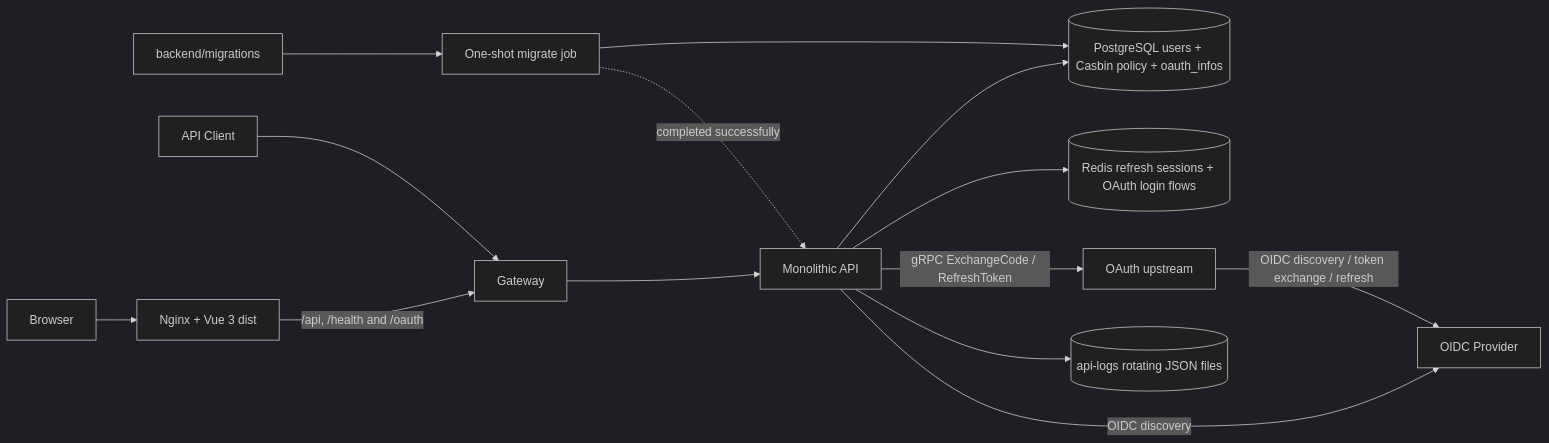
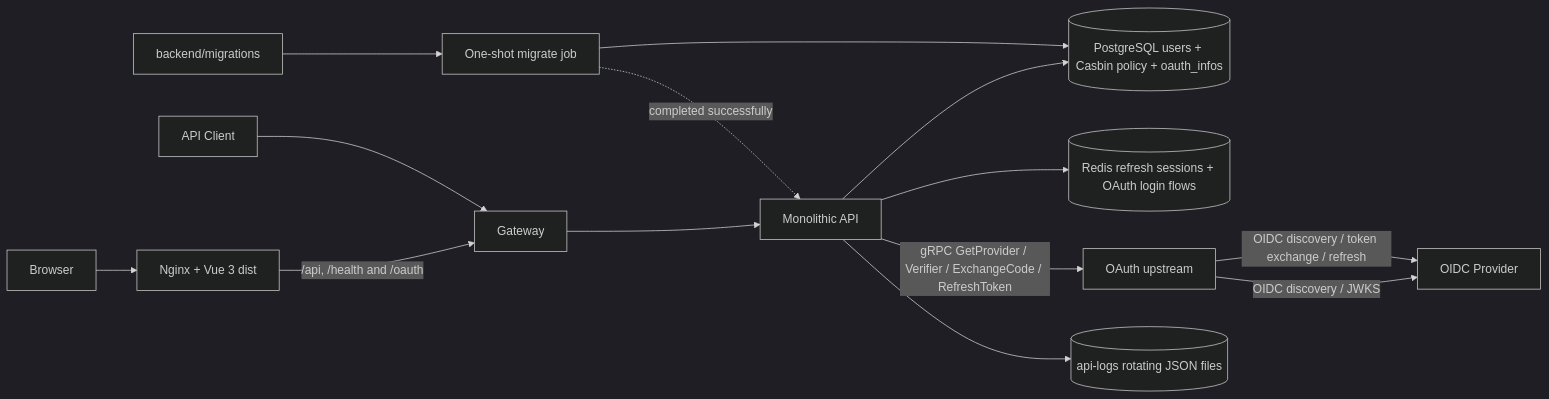
The first of 4 diagrams in ARCHITECTURE.md (DWHuang99/erent), drawn with Mermaid (dark theme) before and after one commit. The commit also changed other lines of this file and 25 other files, not shown here.

Commit message:
Route OIDC discovery and token verification through upstream directory

````diff
--- a/ARCHITECTURE.md
+++ b/ARCHITECTURE.md
@@ -7,16 +7,16 @@
 ```mermaid
 flowchart LR
     Browser[Browser] --> Web[Nginx + Vue 3 dist]
     Web -->|/api, /health and /oauth| Gateway[Gateway]
     Client[API Client] --> Gateway
     Gateway --> API[Monolithic API]
     API --> PostgreSQL[(PostgreSQL users + Casbin policy + oauth_infos)]
     API --> Redis[(Redis refresh sessions + OAuth login flows)]
-    API -->|OIDC discovery| OIDC[OIDC Provider]
-    API -->|gRPC ExchangeCode / RefreshToken| Upstream[OAuth upstream]
+    Upstream -->|OIDC discovery / JWKS| OIDC[OIDC Provider]
+    API -->|gRPC GetProvider / Verifier / ExchangeCode / RefreshToken| Upstream[OAuth upstream]
     Upstream -->|OIDC discovery / token exchange / refresh| OIDC
     API --> Logs[(api-logs rotating JSON files)]
     Migrations[backend/migrations] --> Migrator[One-shot migrate job]
     Migrator --> PostgreSQL
     Migrator -. completed successfully .-> API
 ```
````
